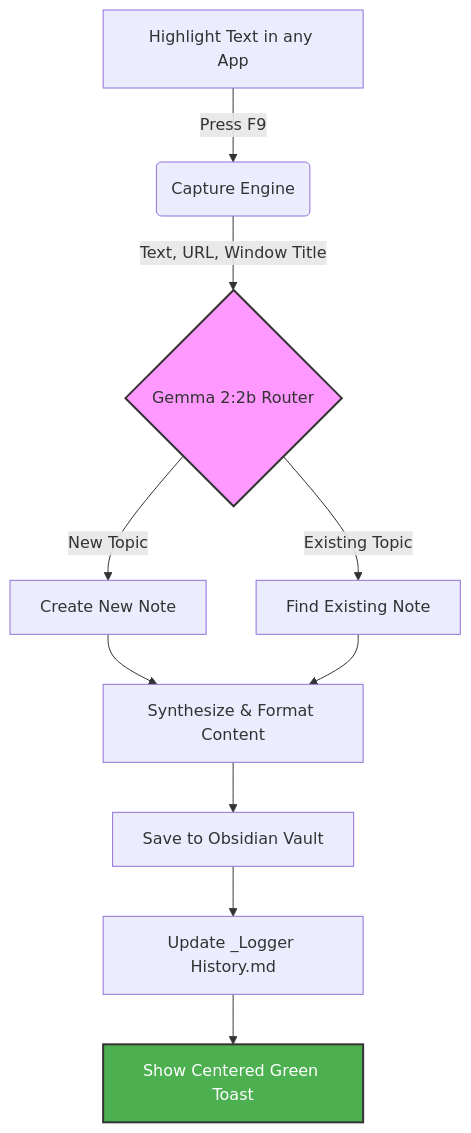
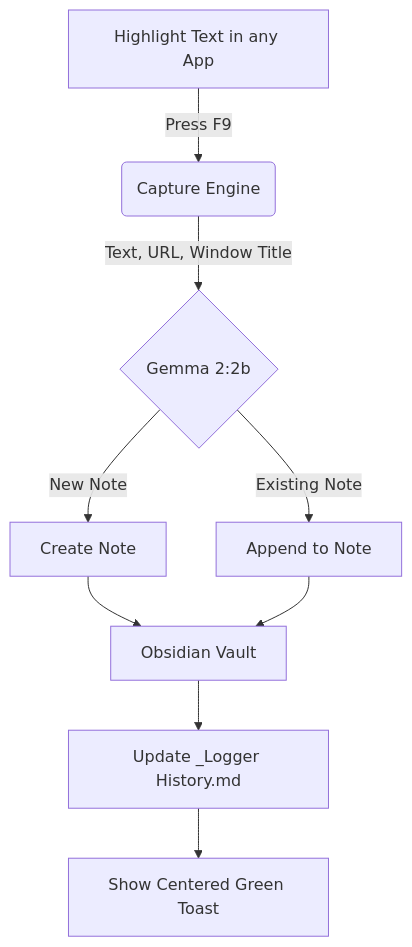
The diagram in README.md (Vaibhav-sa30/Obsidian-Research-Logger-with-Local-LLM-Gemma2), drawn with Mermaid before and after one commit.

Commit message:
mermaid diagram correct

````diff
--- a/README.md
+++ b/README.md
@@ -7,18 +7,11 @@
 ```mermaid
 graph TD
     A[Highlight Text in any App] -->|Press F9| B(Capture Engine)
-    B -->|Text, URL, Window Title| C{Gemma 2:2b Router}
-    
-    C -->|New Topic| D[Create New Note]
-    C -->|Existing Topic| E[Find Existing Note]
-    
-    D --> F[Synthesize & Format Content]
-    E --> F
-    
-    F --> G[Save to Obsidian Vault]
-    G --> H[Update _Logger History.md]
-    H --> I[Show Centered Green Toast]
-
-    style C fill:#f9f,stroke:#333,stroke-width:2px
-    style I fill:#4CAF50,stroke:#333,stroke-width:2px,color:#fff
+    B -->|Text, URL, Window Title| C{Gemma 2:2b}
+    C -->|New Note| D[Create Note]
+    C -->|Existing Note| E[Append to Note]
+    D --> F[Obsidian Vault]
+    E --> F[Obsidian Vault]
+    F --> G[Update _Logger History.md]
+    G --> H[Show Centered Green Toast]
 ```
````
